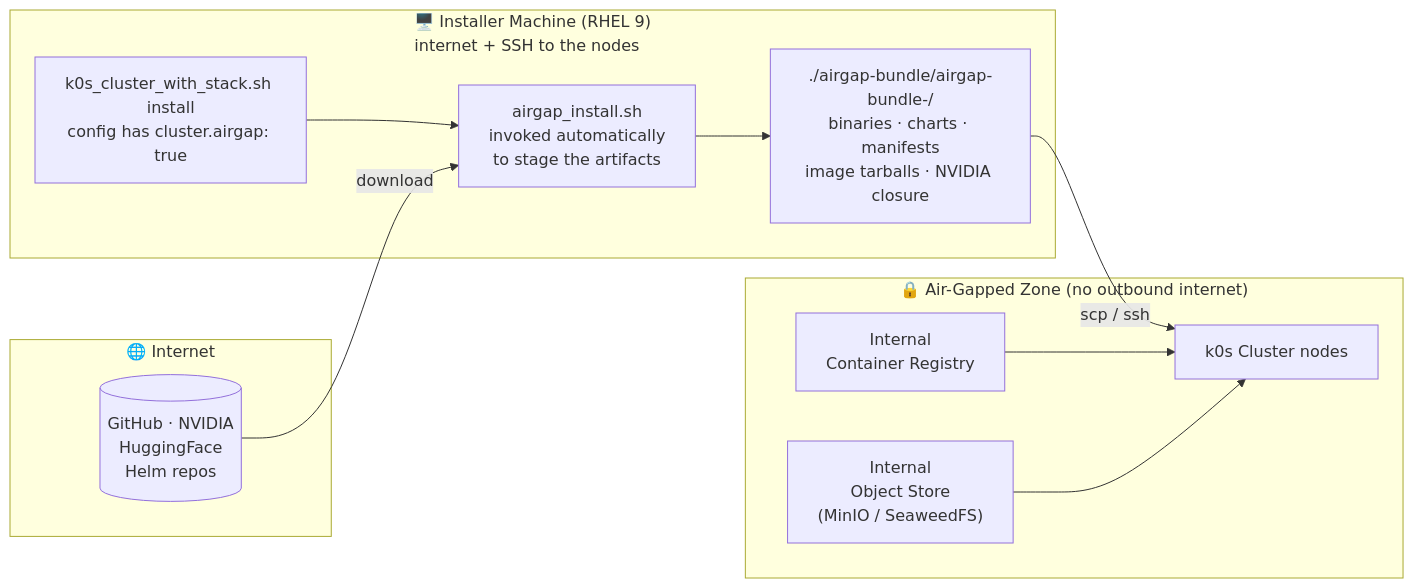
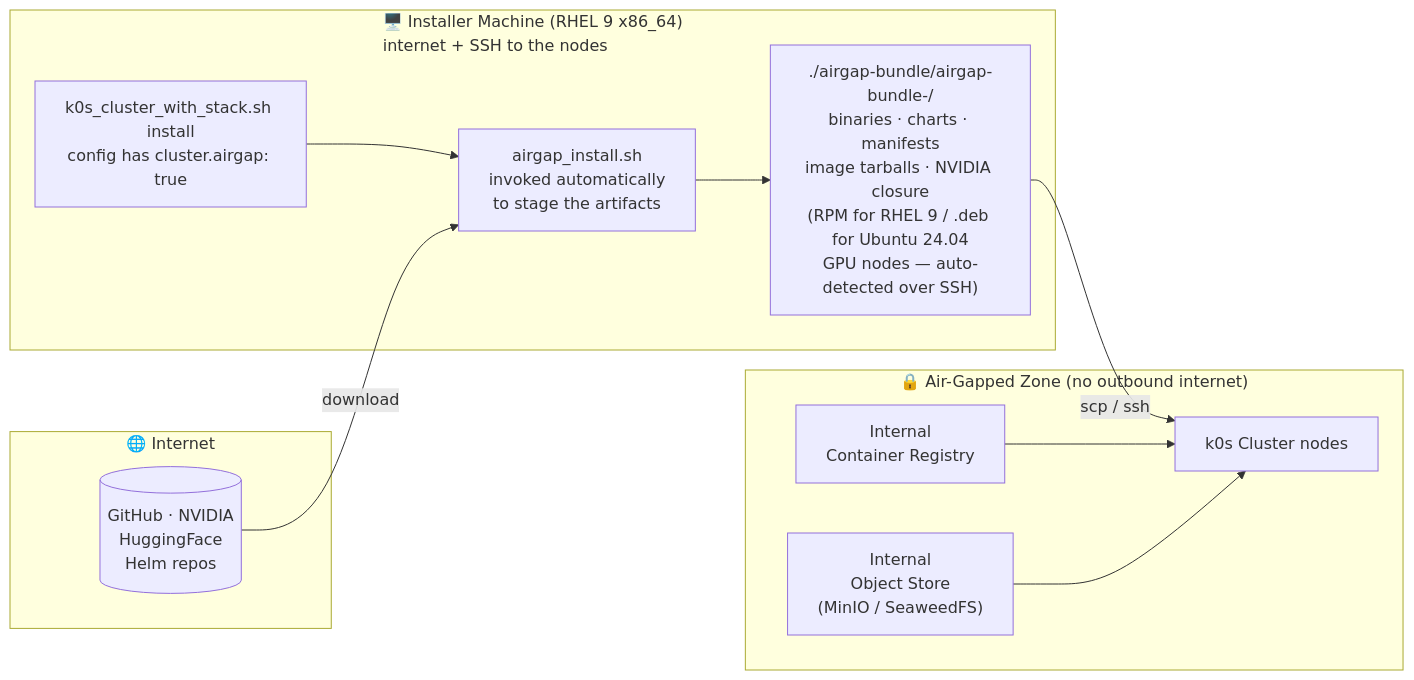
The fifth of 11 diagrams in tools/cluster_setup/DEPLOYMENT_GUIDE.md (splunk/splunk-ai-operator), drawn with Mermaid before and after one commit. The commit also changed other lines of this file and 1 other file, not shown here.

First line of the commit message:
docs: add Ubuntu 24.04 GPU driver support to deployment docs, clarify GPU sizing

````diff
--- a/tools/cluster_setup/DEPLOYMENT_GUIDE.md
+++ b/tools/cluster_setup/DEPLOYMENT_GUIDE.md
@@ -368,25 +368,25 @@
 ```mermaid
 flowchart LR
     subgraph INTERNETZONE["🌐 Internet"]
         INTERNET[("GitHub · NVIDIA\nHuggingFace\nHelm repos")]
     end
 
-    subgraph INSTALLER["🖥️  Installer Machine (RHEL 9)\ninternet + SSH to the nodes"]
+    subgraph INSTALLER["🖥️  Installer Machine (RHEL 9 x86_64)\ninternet + SSH to the nodes"]
         ENTRY["k0s_cluster_with_stack.sh install\nconfig has cluster.airgap: true"]
         AGI["airgap_install.sh\ninvoked automatically\nto stage the artifacts"]
-        STAGE["./airgap-bundle/airgap-bundle-<ts>/\nbinaries · charts · manifests\nimage tarballs · NVIDIA closure"]
+        STAGE["./airgap-bundle/airgap-bundle-<ts>/\nbinaries · charts · manifests\nimage tarballs · NVIDIA closure\n(RPM for RHEL 9 / .deb for Ubuntu 24.04\nGPU nodes — auto-detected over SSH)"]
         ENTRY --> AGI
     end
 
     subgraph AIRGAP["🔒 Air-Gapped Zone (no outbound internet)"]
         REGISTRY["Internal\nContainer Registry"]
         OBJSTORE["Internal\nObject Store\n(MinIO / SeaweedFS)"]
         CLUSTER["k0s Cluster nodes"]
     end
 
     INTERNET -->|download| AGI
     AGI --> STAGE
     STAGE -->|scp / ssh| CLUSTER
     REGISTRY --> CLUSTER
     OBJSTORE --> CLUSTER
 ```
````
